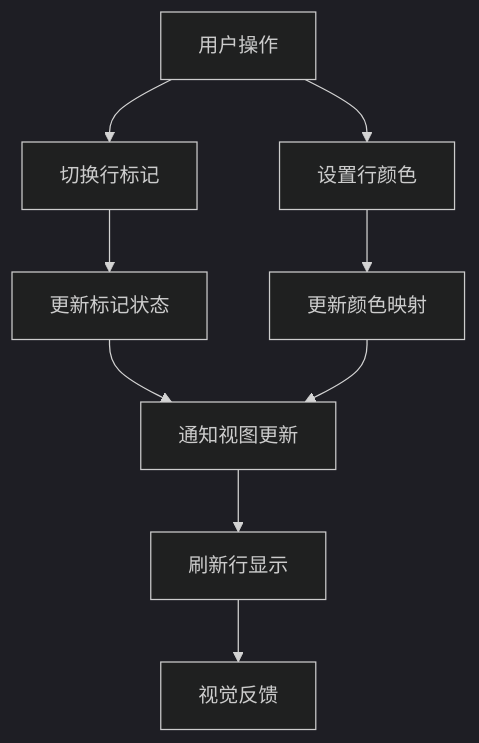
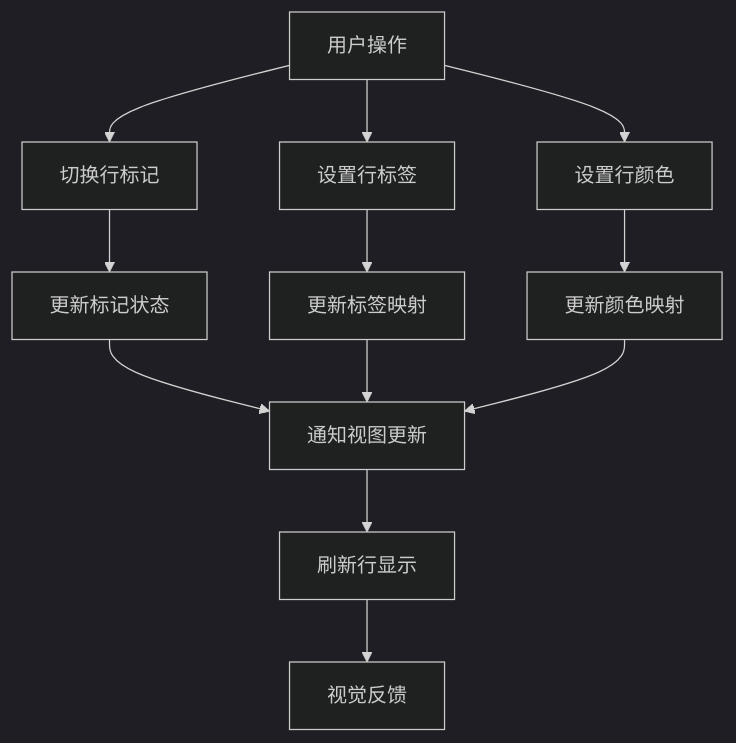
Before and after one commit to jakecai1225-design/OpenBus: the fifth of 10 diagrams in .qoder/repowiki/zh/content/项目概述/CAN总线分析工具.md, drawn with Mermaid (dark theme). The commit also changed other lines of this file and 18 other files, not shown here.

````diff
--- a/.qoder/repowiki/zh/content/项目概述/CAN总线分析工具.md
+++ b/.qoder/repowiki/zh/content/项目概述/CAN总线分析工具.md
@@ -535,11 +670,14 @@
 ```mermaid
 flowchart TD
 UserAction["用户操作"] --> ToggleMark["切换行标记"]
+UserAction --> SetLabel["设置行标签"]
 UserAction --> SetColor["设置行颜色"]
 ToggleMark --> UpdateState["更新标记状态"]
+SetLabel --> UpdateLabel["更新标签映射"]
 SetColor --> UpdateColor["更新颜色映射"]
 UpdateState --> NotifyView["通知视图更新"]
+UpdateLabel --> NotifyView
 UpdateColor --> NotifyView
 NotifyView --> Refresh["刷新行显示"]
 Refresh --> VisualFeedback["视觉反馈"]
 ```
````
